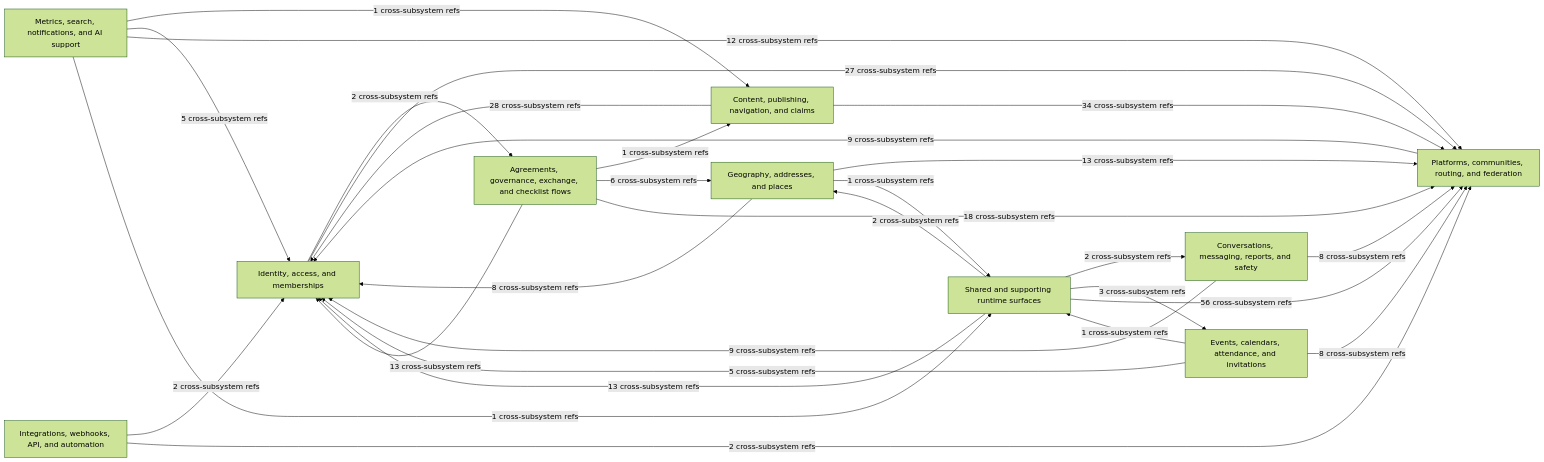
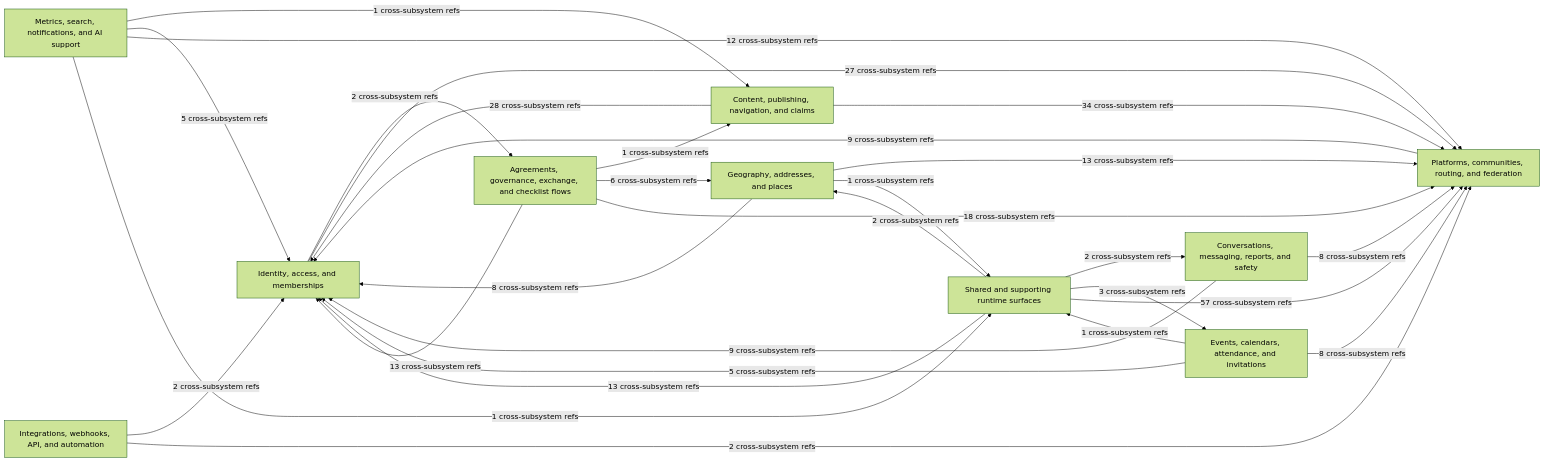
Before and after one commit to better-together-org/community-engine-rails: the diagram in docs/diagrams/source/ce_subsystem_interaction_map.mmd, drawn with Mermaid (forest theme). The commit also changed 66 other files, not shown here.

```diff
--- a/docs/diagrams/source/ce_subsystem_interaction_map.mmd
+++ b/docs/diagrams/source/ce_subsystem_interaction_map.mmd
@@ -1,41 +1,41 @@
 %% Generated by scripts/export_subsystem_diagrams.rb
 flowchart LR
   identity_access["Identity, access, and memberships"]
   platform_network["Platforms, communities, routing, and federation"]
   content_publishing["Content, publishing, navigation, and claims"]
   geography_and_places["Geography, addresses, and places"]
   events_calendar["Events, calendars, attendance, and invitations"]
   conversations_safety["Conversations, messaging, reports, and safety"]
   exchange_governance["Agreements, governance, exchange, and checklist flows"]
   metrics_search_ai["Metrics, search, notifications, and AI support"]
   integrations_webhooks["Integrations, webhooks, API, and automation"]
   shared_supporting["Shared and supporting runtime surfaces"]
 
   content_publishing -->|28 cross-subsystem refs| identity_access
   content_publishing -->|34 cross-subsystem refs| platform_network
   conversations_safety -->|9 cross-subsystem refs| identity_access
   conversations_safety -->|8 cross-subsystem refs| platform_network
   events_calendar -->|5 cross-subsystem refs| identity_access
   events_calendar -->|8 cross-subsystem refs| platform_network
   events_calendar -->|1 cross-subsystem refs| shared_supporting
   exchange_governance -->|1 cross-subsystem refs| content_publishing
   exchange_governance -->|6 cross-subsystem refs| geography_and_places
   exchange_governance -->|13 cross-subsystem refs| identity_access
   exchange_governance -->|18 cross-subsystem refs| platform_network
   geography_and_places -->|8 cross-subsystem refs| identity_access
   geography_and_places -->|13 cross-subsystem refs| platform_network
   geography_and_places -->|1 cross-subsystem refs| shared_supporting
   identity_access -->|2 cross-subsystem refs| exchange_governance
   identity_access -->|27 cross-subsystem refs| platform_network
   integrations_webhooks -->|2 cross-subsystem refs| identity_access
   integrations_webhooks -->|2 cross-subsystem refs| platform_network
   metrics_search_ai -->|1 cross-subsystem refs| content_publishing
   metrics_search_ai -->|5 cross-subsystem refs| identity_access
   metrics_search_ai -->|12 cross-subsystem refs| platform_network
   metrics_search_ai -->|1 cross-subsystem refs| shared_supporting
   platform_network -->|9 cross-subsystem refs| identity_access
   shared_supporting -->|2 cross-subsystem refs| conversations_safety
   shared_supporting -->|3 cross-subsystem refs| events_calendar
   shared_supporting -->|2 cross-subsystem refs| geography_and_places
   shared_supporting -->|13 cross-subsystem refs| identity_access
-  shared_supporting -->|56 cross-subsystem refs| platform_network
+  shared_supporting -->|57 cross-subsystem refs| platform_network
```
